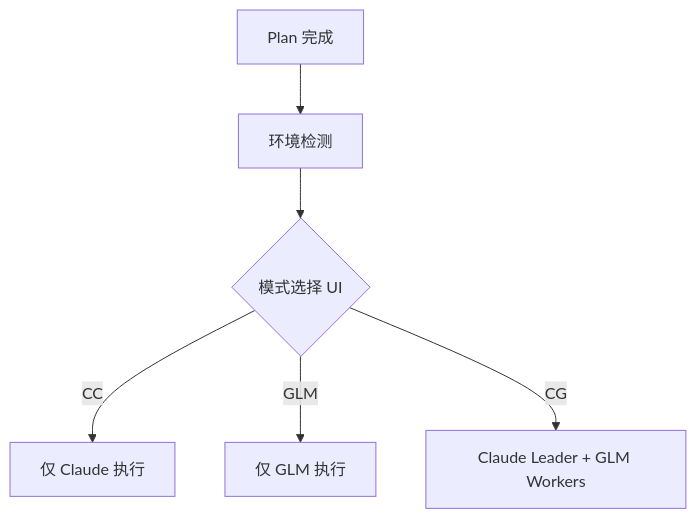
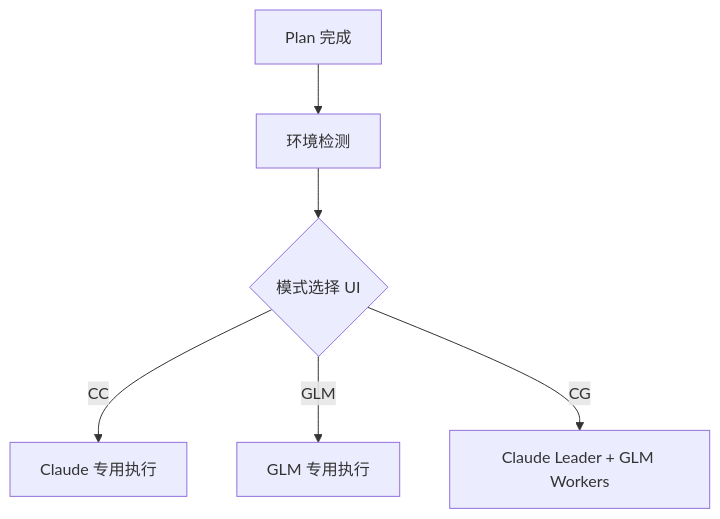
Before and after one commit to modu-ai/moai-adk: the fifth of 5 diagrams in docs-site/content/zh/core-concepts/what-is-moai-adk.md, drawn with Mermaid. The commit also changed other lines of this file and 180 other files, not shown here.

````diff
--- a/docs-site/content/zh/core-concepts/what-is-moai-adk.md
+++ b/docs-site/content/zh/core-concepts/what-is-moai-adk.md
@@ -381,8 +382,8 @@
 ```mermaid
 flowchart TD
     A["Plan 完成"] --> B["环境检测"]
     B --> C{"模式选择 UI"}
-    C -->|"CC"| D["仅 Claude 执行"]
-    C -->|"GLM"| E["仅 GLM 执行"]
+    C -->|"CC"| D["Claude 专用执行"]
+    C -->|"GLM"| E["GLM 专用执行"]
     C -->|"CG"| F["Claude Leader + GLM Workers"]
 ```
````
